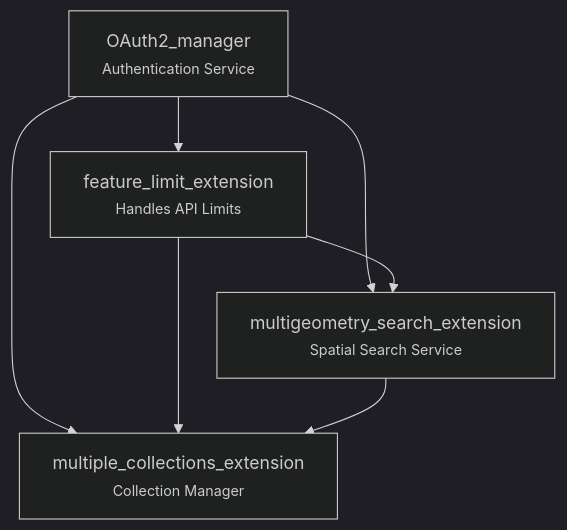
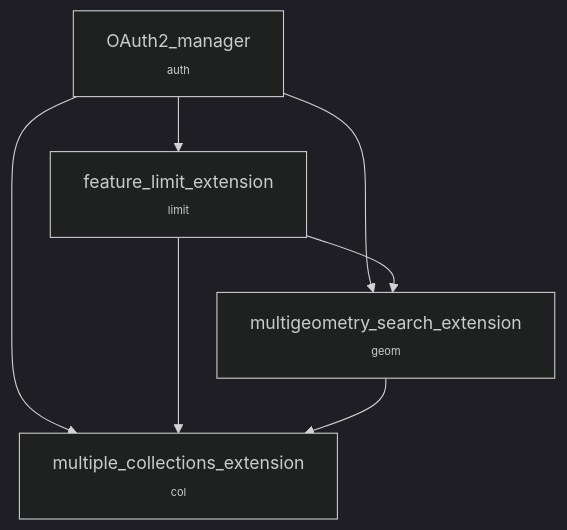
Before and after one commit to Geovation/catalyst-ngd-wrappers-python: the diagram in README.md, drawn with Mermaid (dark theme).

Commit message:
changing subtitles and font size

````diff
--- a/README.md
+++ b/README.md
@@ -13,10 +13,10 @@
 ```mermaid
 graph TD
-    A[OAuth2_manager<br><font size=2>Authentication Service</font>]
-    --> B[feature_limit_extension<br><font size=2>Handles API Limits</font>]
-    A --> C[multigeometry_search_extension<br><font size=2>Spatial Search Service</font>]
-    A --> D[multiple_collections_extension<br><font size=2>Collection Manager</font>]
+    A[OAuth2_manager<br><font size=1>auth</font>]
+    --> B[feature_limit_extension<br><font size=1>limit</font>]
+    A --> C[multigeometry_search_extension<br><font size=1>geom</font>]
+    A --> D[multiple_collections_extension<br><font size=1>col</font>]
     B --> C
     B --> D
     C --> D
 ```
````
